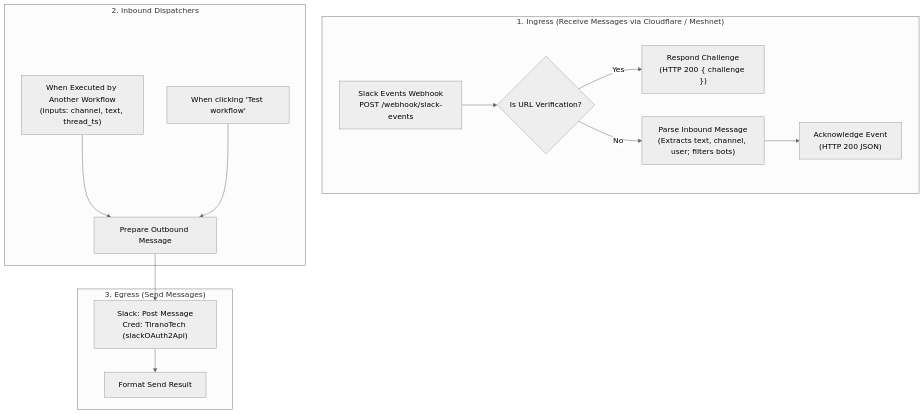
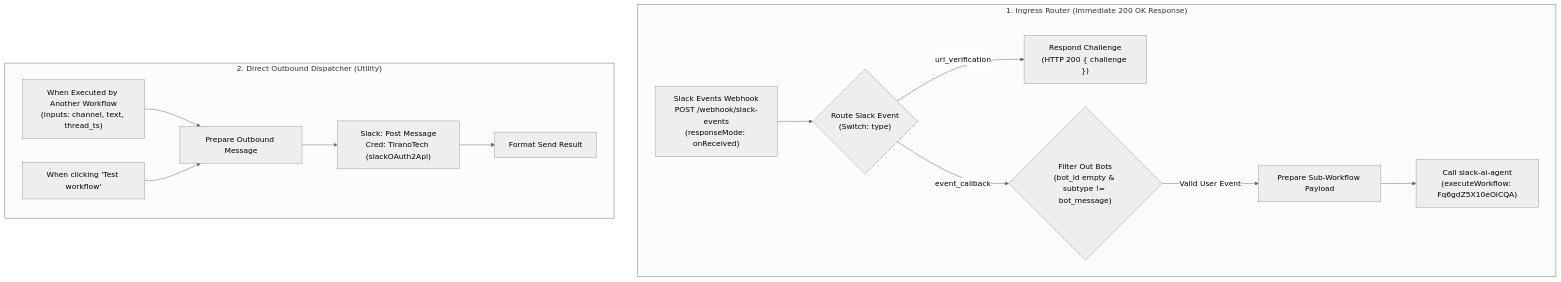
Before and after one commit to victor-jaimes-puente/Local-N8n: the diagram in workflows/slack/README.md, drawn with Mermaid (neutral theme). The commit also changed other lines of this file and 3 other files, not shown here.

First line of the commit message:
Add Slack AI agent workflow

````diff
--- a/workflows/slack/README.md
+++ b/workflows/slack/README.md
@@ -24,19 +25,19 @@
 ```mermaid
 graph TD
-    subgraph Ingress["1. Ingress (Receive Messages via Cloudflare / Meshnet)"]
-        Webhook["Slack Events Webhook<br/>POST /webhook/slack-events"] --> ChallengeCheck{"Is URL Verification?"}
-        ChallengeCheck -- Yes --> RespondChallenge["Respond Challenge<br/>(HTTP 200 { challenge })"]
-        ChallengeCheck -- No --> ParseMsg["Parse Inbound Message<br/>(Extracts text, channel, user; filters bots)"]
-        ParseMsg --> AckEvent["Acknowledge Event<br/>(HTTP 200 JSON)"]
+    subgraph Ingress["1. Ingress Router (Immediate 200 OK Response)"]
+        Webhook["Slack Events Webhook<br/>POST /webhook/slack-events<br/>(responseMode: onReceived)"] --> RouteEvent{"Route Slack Event<br/>(Switch: type)"}
+        
+        RouteEvent -- "url_verification" --> RespondChallenge["Respond Challenge<br/>(HTTP 200 { challenge })"]
+        RouteEvent -- "event_callback" --> FilterBots{"Filter Out Bots<br/>(bot_id empty & subtype != bot_message)"}
+        
+        FilterBots -- "Valid User Event" --> PrepSubPayload["Prepare Sub-Workflow Payload"]
+        PrepSubPayload --> CallSubWf["Call slack-ai-agent<br/>(executeWorkflow: Fq6gdZ5X10eOiCQA)"]
     end
 
-    subgraph SubWorkflowAndTesting["2. Inbound Dispatchers"]
+    subgraph DirectDispatcher["2. Direct Outbound Dispatcher (Utility)"]
         SubWfTrig["When Executed by Another Workflow<br/>(inputs: channel, text, thread_ts)"] --> PrepMsg["Prepare Outbound Message"]
         ManualTrig["When clicking 'Test workflow'"] --> PrepMsg
-    end
-
-    subgraph Egress["3. Egress (Send Messages)"]
         PrepMsg --> SlackPost["Slack: Post Message<br/>Cred: TiranoTech (slackOAuth2Api)"]
         SlackPost --> FormatResult["Format Send Result"]
     end
 ```
````
